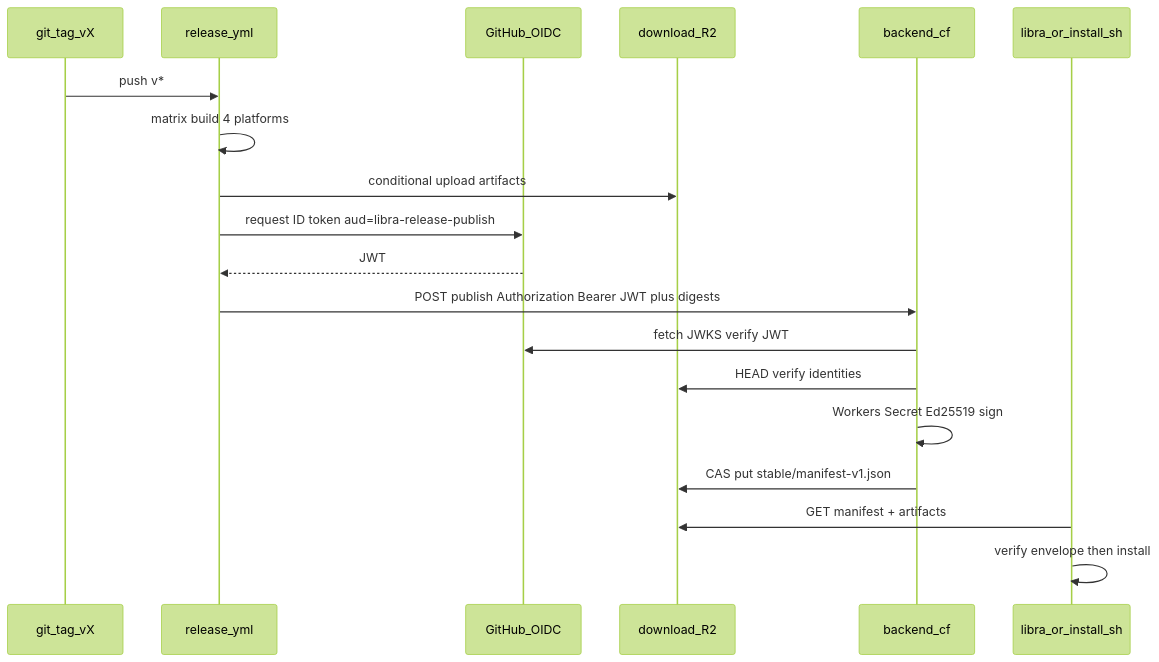
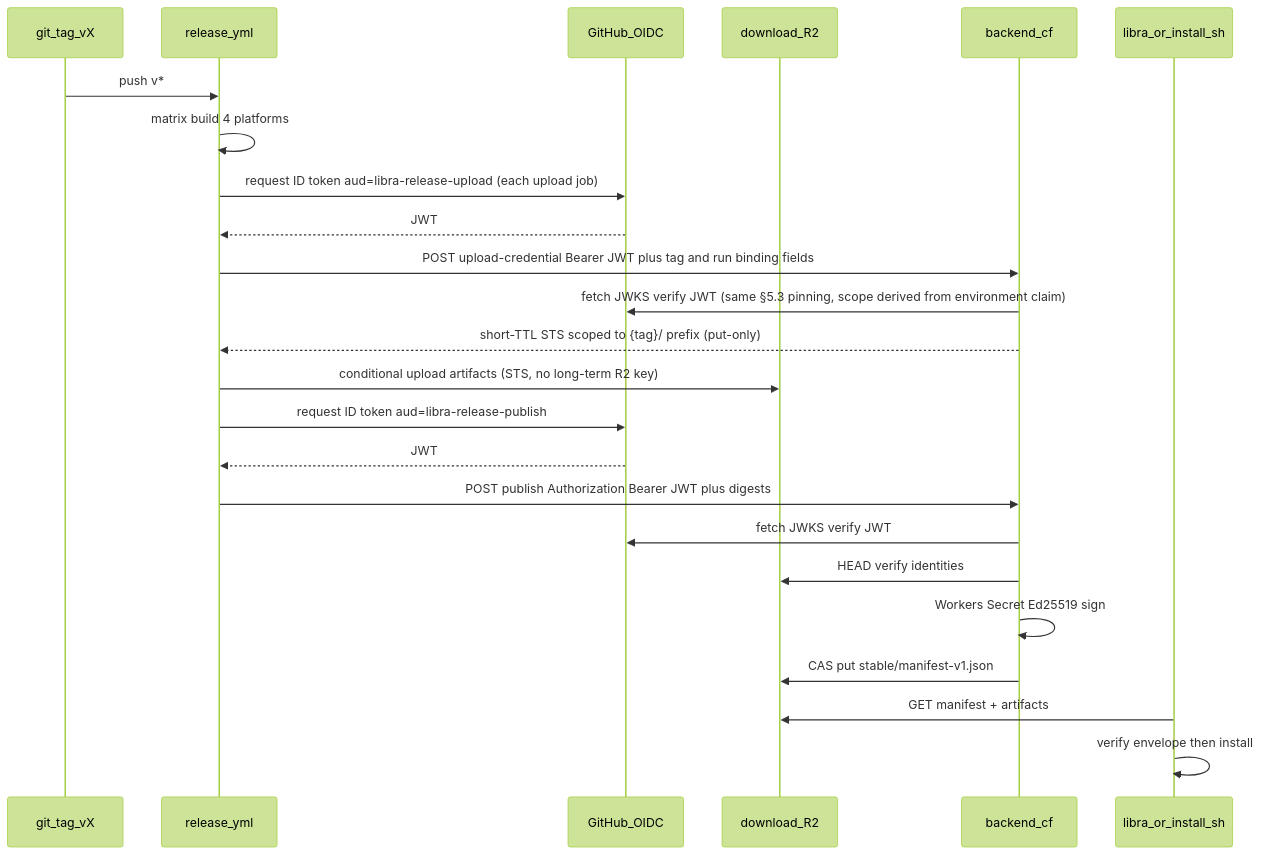
Before and after one commit to jjl9807/libra: the second of 5 diagrams in docs/development/internal/release-signing-auto-upgrade.md, drawn with Mermaid (forest theme). The commit also changed other lines of this file and 4 other files, not shown here.

````diff
--- a/docs/development/internal/release-signing-auto-upgrade.md
+++ b/docs/development/internal/release-signing-auto-upgrade.md
@@ -129,22 +142,27 @@
 ```mermaid
 sequenceDiagram
   participant Tag as git_tag_vX
   participant GHA as release_yml
   participant GHOidc as GitHub_OIDC
   participant R2 as download_R2
   participant API as backend_cf
   participant Client as libra_or_install_sh
 
   Tag->>GHA: push v*
   GHA->>GHA: matrix build 4 platforms
-  GHA->>R2: conditional upload artifacts
+  GHA->>GHOidc: request ID token aud=libra-release-upload (each upload job)
+  GHOidc-->>GHA: JWT
+  GHA->>API: POST upload-credential Bearer JWT plus tag and run binding fields
+  API->>GHOidc: fetch JWKS verify JWT (same §5.3 pinning, scope derived from environment claim)
+  API-->>GHA: short-TTL STS scoped to {tag}/ prefix (put-only)
+  GHA->>R2: conditional upload artifacts (STS, no long-term R2 key)
   GHA->>GHOidc: request ID token aud=libra-release-publish
   GHOidc-->>GHA: JWT
   GHA->>API: POST publish Authorization Bearer JWT plus digests
   API->>GHOidc: fetch JWKS verify JWT
   API->>R2: HEAD verify identities
   API->>API: Workers Secret Ed25519 sign
   API->>R2: CAS put stable/manifest-v1.json
   Client->>R2: GET manifest + artifacts
   Client->>Client: verify envelope then install
 ```
````
